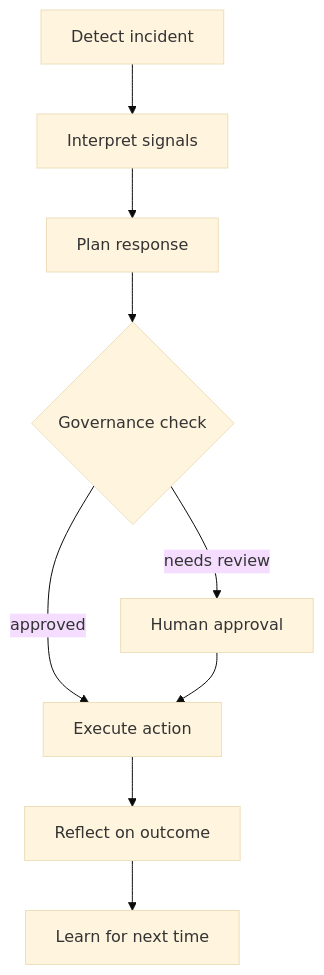
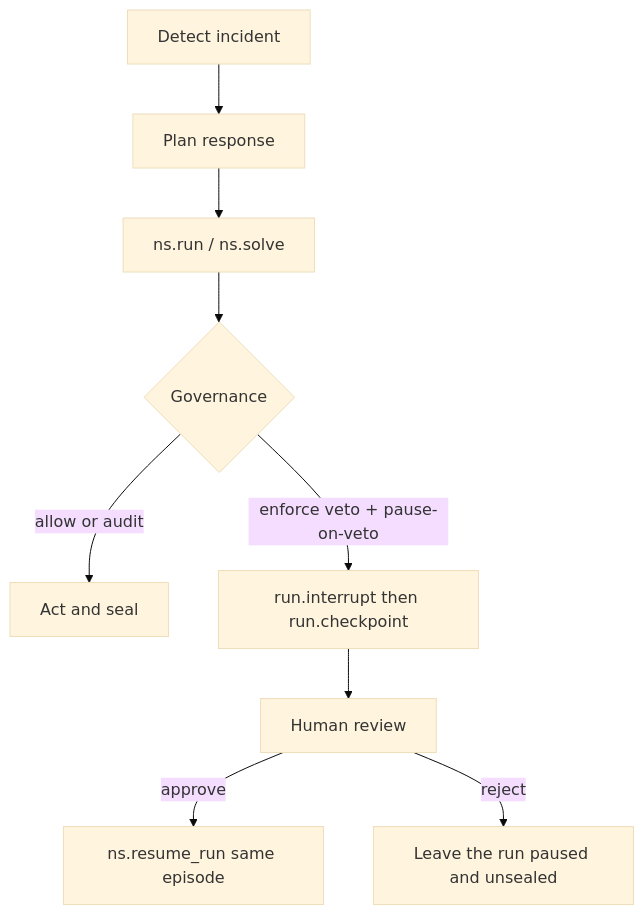
Before and after one commit to saraeloop/noesis: the diagram in docs/tutorials/incident-triage.mdx, drawn with Mermaid (base theme). The commit also changed other lines of this file and 10 other files, not shown here.

First line of the commit message:
docs: align incident triage, layout migration, and planner vs governance

````diff
--- a/docs/tutorials/incident-triage.mdx
+++ b/docs/tutorials/incident-triage.mdx
@@ -27,11 +22,11 @@
 ```mermaid
 flowchart TD
-    A[Detect incident] --> B[Interpret signals]
-    B --> C[Plan response]
-    C --> D{Governance check}
-    D -->|approved| E[Execute action]
-    D -->|needs review| F[Human approval]
-    F --> E
-    E --> G[Reflect on outcome]
-    G --> H[Learn for next time]
+    A[Detect incident] --> B[Plan response]
+    B --> C[ns.run / ns.solve]
+    C --> D{Governance}
+    D -->|allow or audit| E[Act and seal]
+    D -->|enforce veto + pause-on-veto| F[run.interrupt then run.checkpoint]
+    F --> G[Human review]
+    G -->|approve| H["ns.resume_run same episode"]
+    G -->|reject| I[Leave the run paused and unsealed]
 ```
````
